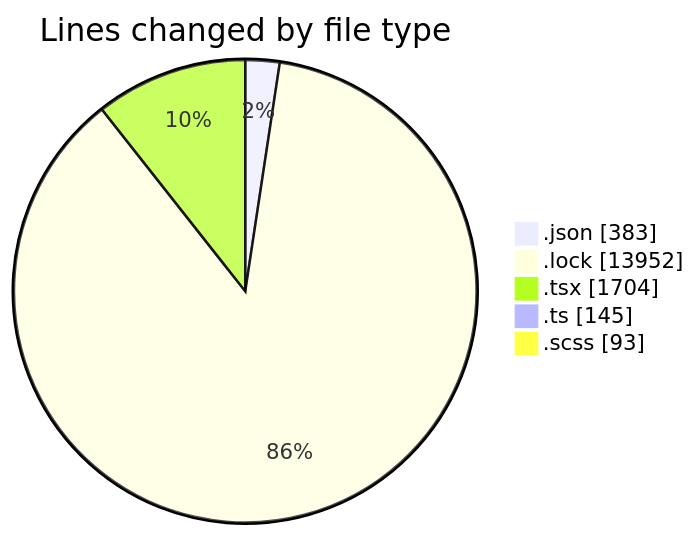
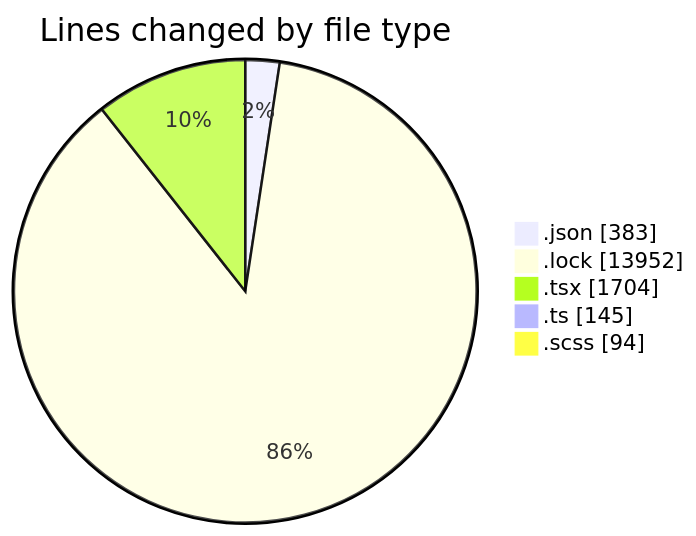
One commit to momahboobian/code-tracking changed the first of 2 diagrams in 2026-05-14/cda/README.md. Above: the diagram before and after it, drawn with Mermaid. The commit also changed other lines of this file and 1 other file, not shown here.

````diff
--- a/2026-05-14/cda/README.md
+++ b/2026-05-14/cda/README.md
@@ -34,9 +34,9 @@
 ```mermaid
 pie showData
 title Lines changed by file type
 ".json" : 383
 ".lock" : 13952
 ".tsx" : 1704
 ".ts" : 145
-".scss" : 93
+".scss" : 94
 ```
````
